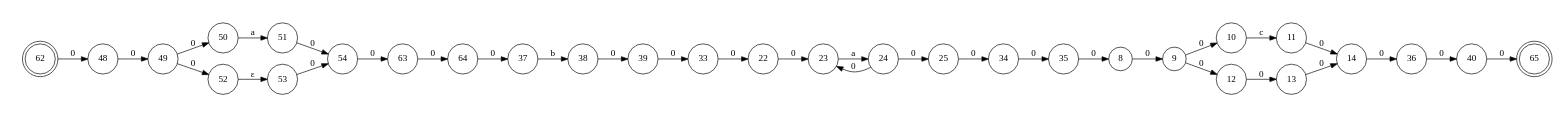
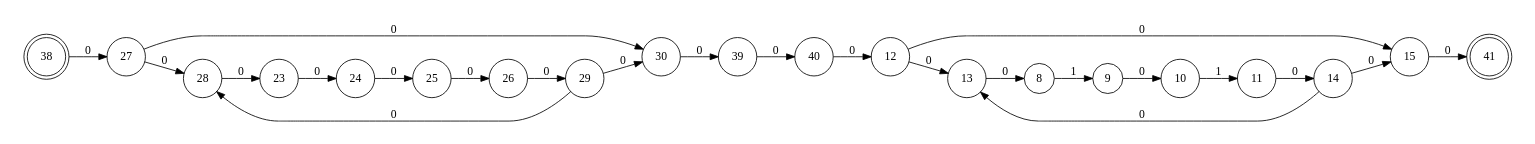
One commit to Josrodjr/lenguajes_proyecto1 changed the diagram in output/graph.gv. Above: the diagram before and after it, drawn with Graphviz. The commit also changed 10 other files, not shown here.

```diff
--- a/output/graph.gv
+++ b/output/graph.gv
@@ -1,39 +1,30 @@
 digraph "graph" {
 	rankdir=LR size="8,5"
 	node [shape=doublecircle]
-	62
-	65
+	38
+	41
 	node [shape=circle]
-	62 -> 48 [label=0]
-	63 -> 64 [label=0]
-	64 -> 37 [label=0]
-	54 -> 63 [label=0]
-	48 -> 49 [label=0]
-	49 -> 50 [label=0]
-	49 -> 52 [label=0]
-	50 -> 51 [label=a]
-	52 -> 53 [label="ε"]
-	51 -> 54 [label=0]
-	53 -> 54 [label=0]
-	40 -> 65 [label=0]
-	37 -> 38 [label=b]
-	38 -> 39 [label=0]
-	39 -> 33 [label=0]
-	36 -> 40 [label=0]
-	33 -> 22 [label=0]
-	34 -> 35 [label=0]
-	35 -> 8 [label=0]
-	25 -> 34 [label=0]
-	22 -> 23 [label=0]
-	23 -> 24 [label=a]
+	38 -> 27 [label=0]
+	39 -> 40 [label=0]
+	40 -> 12 [label=0]
+	30 -> 39 [label=0]
+	27 -> 28 [label=0]
+	28 -> 23 [label=0]
+	29 -> 30 [label=0]
+	29 -> 28 [label=0]
+	27 -> 30 [label=0]
+	26 -> 29 [label=0]
+	23 -> 24 [label=0]
 	24 -> 25 [label=0]
-	24 -> 23 [label=0]
-	14 -> 36 [label=0]
-	8 -> 9 [label=0]
+	25 -> 26 [label=0]
+	15 -> 41 [label=0]
+	12 -> 13 [label=0]
+	13 -> 8 [label=0]
+	14 -> 15 [label=0]
+	14 -> 13 [label=0]
+	12 -> 15 [label=0]
+	11 -> 14 [label=0]
+	8 -> 9 [label=1]
 	9 -> 10 [label=0]
-	9 -> 12 [label=0]
-	10 -> 11 [label=c]
-	12 -> 13 [label=0]
-	11 -> 14 [label=0]
-	13 -> 14 [label=0]
+	10 -> 11 [label=1]
 }
```
